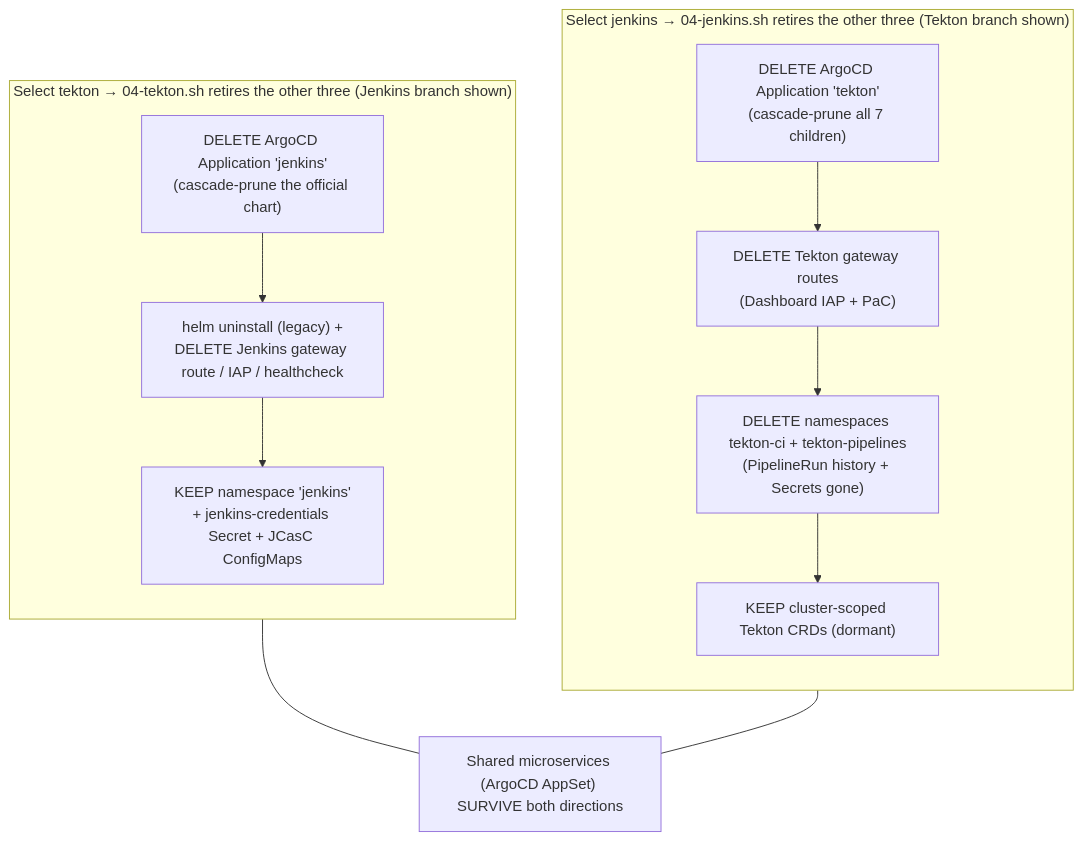
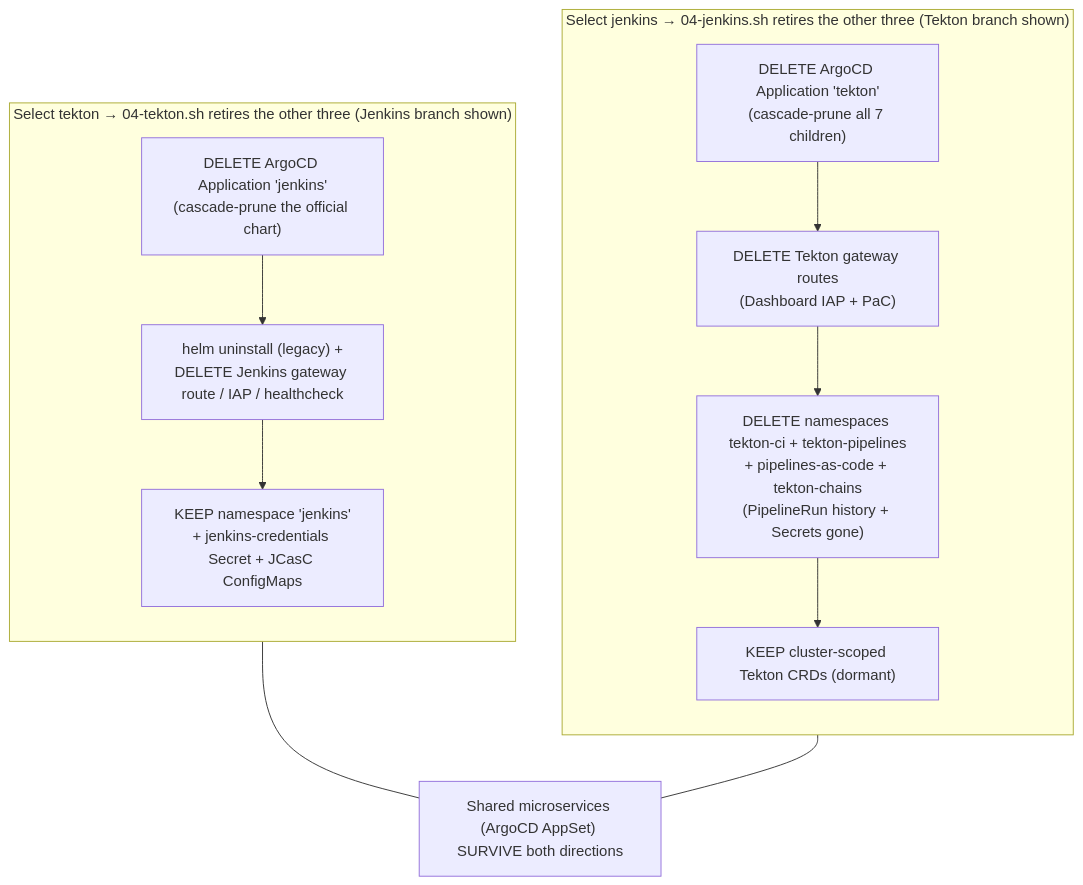
One commit to nubenetes/jenkins-2026 changed the sixth of 10 diagrams in docs/403-TEKTON.md. Above: the diagram before and after it, drawn with Mermaid. The commit also changed other lines of this file and 48 other files, not shown here.

````diff
--- a/docs/403-TEKTON.md
+++ b/docs/403-TEKTON.md
@@ -318,21 +318,21 @@
 ```mermaid
 flowchart TD
     subgraph TT["Select tekton → 04-tekton.sh retires the other three (Jenkins branch shown)"]
       direction TB
       A1["DELETE ArgoCD Application 'jenkins'<br/>(cascade-prune the official chart)"]
       A2["helm uninstall (legacy) +<br/>DELETE Jenkins gateway route / IAP / healthcheck"]
       A3["KEEP namespace 'jenkins'<br/>+ jenkins-credentials Secret + JCasC ConfigMaps"]
       A1 --> A2 --> A3
     end
     subgraph TJ["Select jenkins → 04-jenkins.sh retires the other three (Tekton branch shown)"]
       direction TB
       B1["DELETE ArgoCD Application 'tekton'<br/>(cascade-prune all 7 children)"]
       B2["DELETE Tekton gateway routes<br/>(Dashboard IAP + PaC)"]
-      B3["DELETE namespaces tekton-ci + tekton-pipelines<br/>(PipelineRun history + Secrets gone)"]
+      B3["DELETE namespaces tekton-ci + tekton-pipelines<br/>+ pipelines-as-code + tekton-chains<br/>(PipelineRun history + Secrets gone)"]
       B4["KEEP cluster-scoped Tekton CRDs (dormant)"]
       B1 --> B2 --> B3 --> B4
     end
     SURV["Shared microservices (ArgoCD AppSet) SURVIVE both directions"]
     TT --- SURV
     TJ --- SURV
 ```
````
